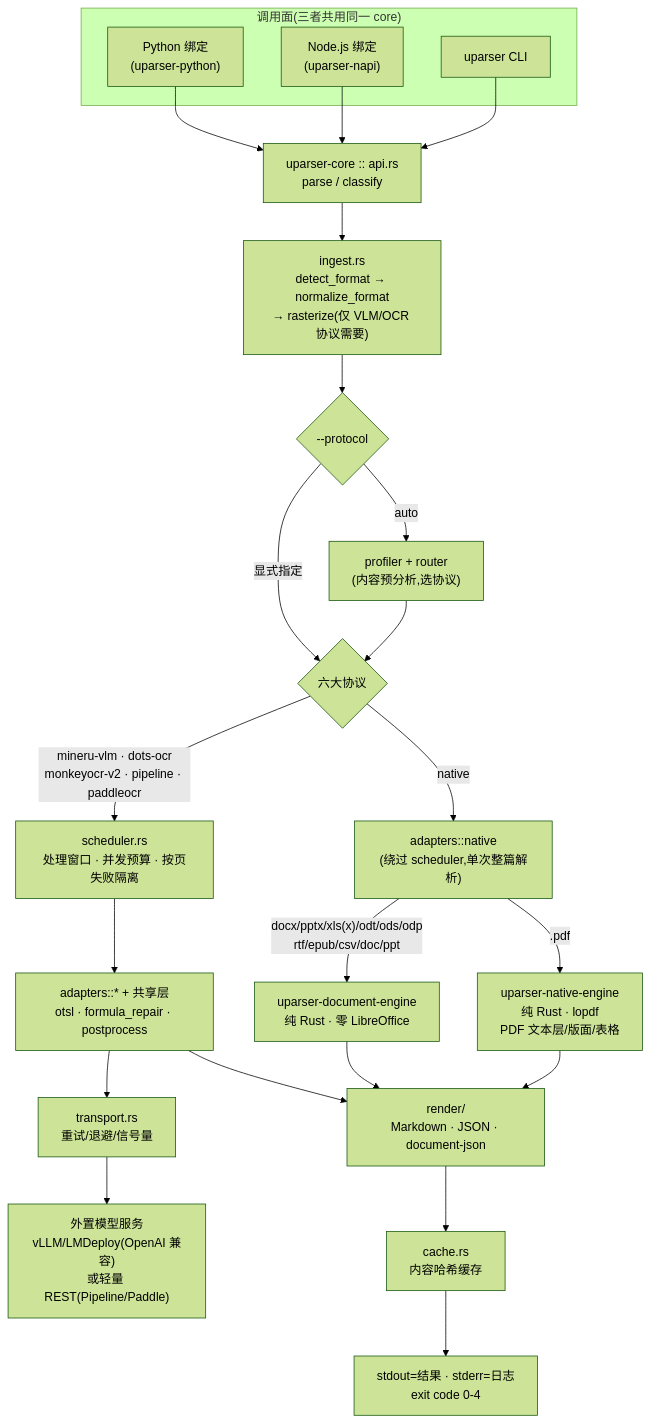
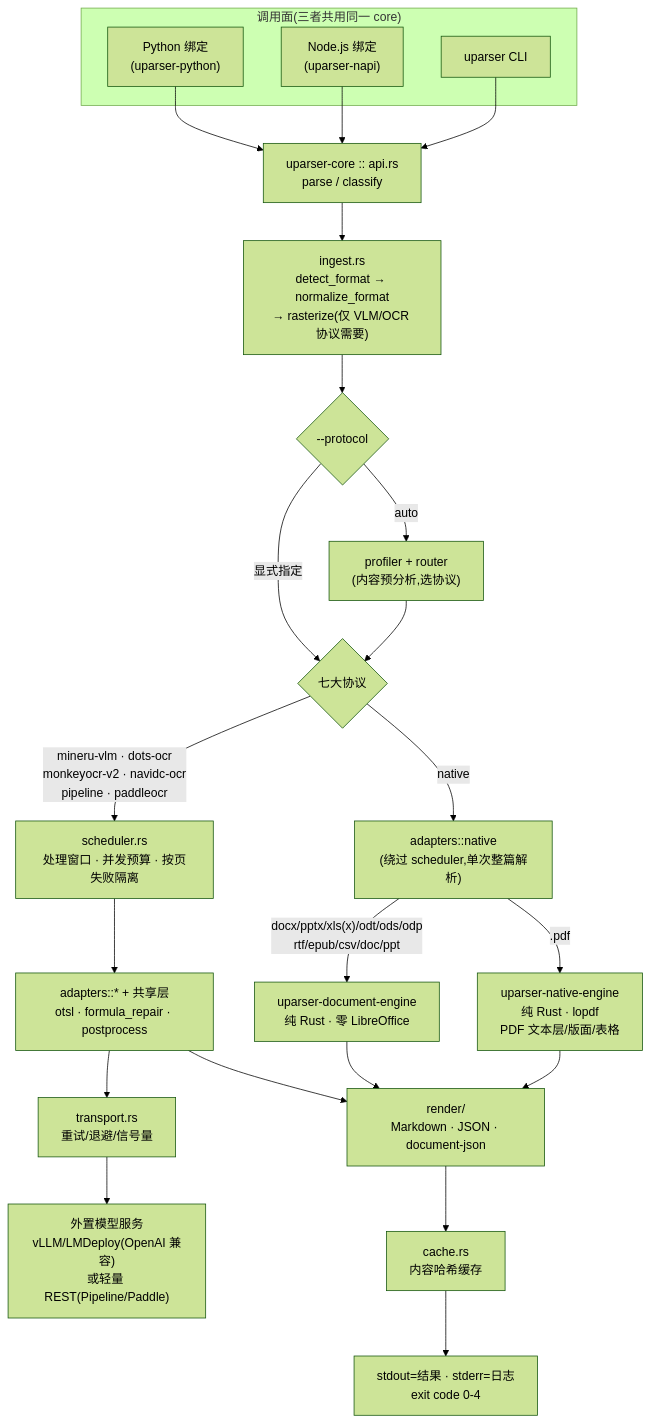
Before and after one commit to WALLE-AI/uparserstudio: the diagram in README.md, drawn with Mermaid (forest theme). The commit also changed other lines of this file and 17 other files, not shown here.

````diff
--- a/README.md
+++ b/README.md
@@ -114,34 +114,34 @@
 ```mermaid
 flowchart TB
     subgraph Surfaces["调用面(三者共用同一 core)"]
         CLI["uparser CLI"]
         NAPI["Node.js 绑定<br/>(uparser-napi)"]
         PYO3["Python 绑定<br/>(uparser-python)"]
     end
 
     CLI --> API
     NAPI --> API
     PYO3 --> API
     API["uparser-core :: api.rs<br/>parse / classify"]
 
     API --> INGEST["ingest.rs<br/>detect_format → normalize_format<br/>→ rasterize(仅 VLM/OCR 协议需要)"]
     INGEST --> SELECT{"--protocol"}
     SELECT -- auto --> PROFILER["profiler + router<br/>(内容预分析,选协议)"]
     PROFILER --> DISPATCH
-    SELECT -- 显式指定 --> DISPATCH{"六大协议"}
+    SELECT -- 显式指定 --> DISPATCH{"七大协议"}
 
     DISPATCH -- native --> NATIVEADAPTER["adapters::native<br/>(绕过 scheduler,单次整篇解析)"]
     NATIVEADAPTER -- ".pdf" --> PDFENGINE["uparser-native-engine<br/>纯 Rust · lopdf<br/>PDF 文本层/版面/表格"]
     NATIVEADAPTER -- "docx/pptx/xls(x)/odt/ods/odp<br/>rtf/epub/csv/doc/ppt" --> DOCENGINE["uparser-document-engine<br/>纯 Rust · 零 LibreOffice"]
 
-    DISPATCH -- "mineru-vlm · dots-ocr<br/>monkeyocr-v2 · pipeline · paddleocr" --> SCHED["scheduler.rs<br/>处理窗口 · 并发预算 · 按页失败隔离"]
+    DISPATCH -- "mineru-vlm · dots-ocr<br/>monkeyocr-v2 · navidc-ocr<br/>pipeline · paddleocr" --> SCHED["scheduler.rs<br/>处理窗口 · 并发预算 · 按页失败隔离"]
     SCHED --> ADAPTERS["adapters::* + 共享层<br/>otsl · formula_repair · postprocess"]
     ADAPTERS --> TRANS["transport.rs<br/>重试/退避/信号量"]
     TRANS --> EXT["外置模型服务<br/>vLLM/LMDeploy(OpenAI 兼容)<br/>或轻量 REST(Pipeline/Paddle)"]
 
     PDFENGINE --> RENDER
     DOCENGINE --> RENDER
     ADAPTERS --> RENDER["render/<br/>Markdown · JSON · document-json"]
     RENDER --> CACHE["cache.rs<br/>内容哈希缓存"]
     CACHE --> OUT["stdout=结果 · stderr=日志<br/>exit code 0-4"]
 ```
````
